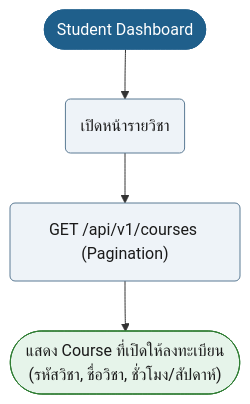
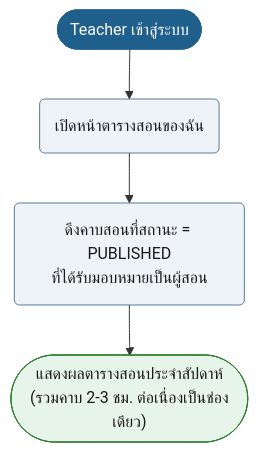
One commit to synthesixer/AcadOS changed the seventh of 19 diagrams in doc/diagram/Userflow_diagram.md. Above: the diagram before and after it, drawn with Mermaid. The commit also changed other lines of this file and 8 other files, not shown here.

````diff
--- a/doc/diagram/Userflow_diagram.md
+++ b/doc/diagram/Userflow_diagram.md
@@ -283,16 +272,13 @@
 ```mermaid
 flowchart TD
-    n1(["Student Dashboard"]):::start
-    n2("เปิดหน้ารายวิชา"):::act
-    n3("GET /api/v1/courses (Pagination)"):::act
-    n4(["แสดง Course ที่เปิดให้ลงทะเบียน<br/>(รหัสวิชา, ชื่อวิชา, ชั่วโมง/สัปดาห์)"]):::ok
-    n1 --> n2
-    n2 --> n3
+    n1(["Teacher เข้าสู่ระบบ"]):::start
+    n2("เปิดหน้าตารางสอนของฉัน"):::act
+    n3("ดึงคาบสอนที่สถานะ = PUBLISHED<br/>ที่ได้รับมอบหมายเป็นผู้สอน"):::act
+    n1 --> n2 --> n3
+    n4(["แสดงผลตารางสอนประจำสัปดาห์<br/>(รวมคาบ 2-3 ชม. ต่อเนื่องเป็นช่องเดียว)"]):::ok
     n3 --> n4
+
     classDef start fill:#1F5F8B,stroke:#1F5F8B,color:#fff
     classDef act fill:#EEF3F8,stroke:#5B7A94,color:#1a1a1a
-    classDef dec fill:#FFF6E0,stroke:#5B7A94,color:#1a1a1a
-    classDef bad fill:#FCE8E6,stroke:#C0392B,color:#1a1a1a
     classDef ok fill:#E6F4EA,stroke:#2E7D32,color:#1a1a1a
-    classDef note fill:#F4F4F4,stroke:#999,color:#1a1a1a
 ```
````
